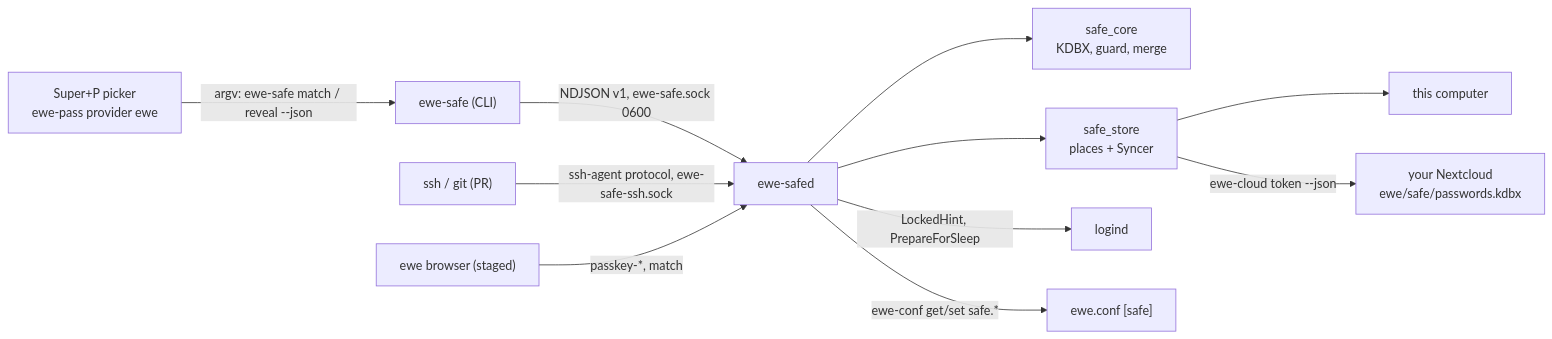
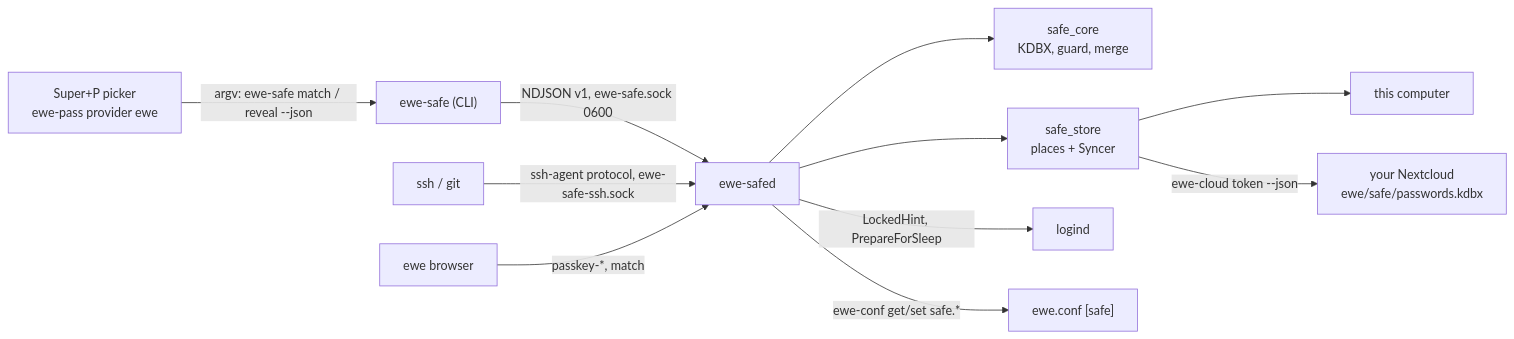
Before and after one commit to prj786/ewe-map: the diagram in 03-Components/ewe-safe.md, drawn with Mermaid. The commit also changed other lines of this file and 23 other files, not shown here.

First line of the commit message:
release: Safe 0.2.0-beta, ewe browser 0.2.0-beta, ewe 0.28.0-beta (2026-10-15)

````diff
--- a/03-Components/ewe-safe.md
+++ b/03-Components/ewe-safe.md
@@ -22,13 +23,13 @@
 ```mermaid
 flowchart LR
     PICK["Super+P picker<br/>ewe-pass provider ewe"] -->|"argv: ewe-safe match / reveal --json"| CLI["ewe-safe (CLI)"]
     CLI -->|"NDJSON v1, ewe-safe.sock 0600"| D["ewe-safed"]
     D --> CORE["safe_core<br/>KDBX, guard, merge"]
     D --> STORE["safe_store<br/>places + Syncer"]
     STORE --> LOCAL["this computer"]
     STORE -->|"ewe-cloud token --json"| NC["your Nextcloud<br/>ewe/safe/passwords.kdbx"]
     D -->|"LockedHint, PrepareForSleep"| LOGIND["logind"]
     D -->|"ewe-conf get/set safe.*"| CONF["ewe.conf [safe]"]
-    SSH["ssh / git (PR)"] -->|"ssh-agent protocol, ewe-safe-ssh.sock"| D
-    BR["ewe browser (staged)"] -->|"passkey-*, match"| D
+    SSH["ssh / git"] -->|"ssh-agent protocol, ewe-safe-ssh.sock"| D
+    BR["ewe browser"] -->|"passkey-*, match"| D
 ```
````
